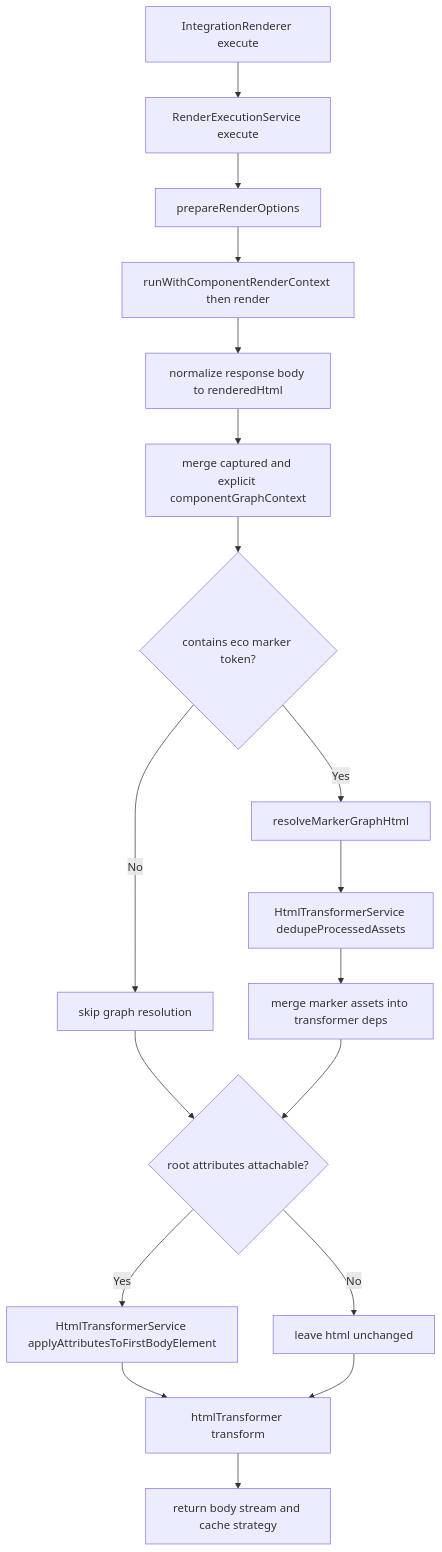
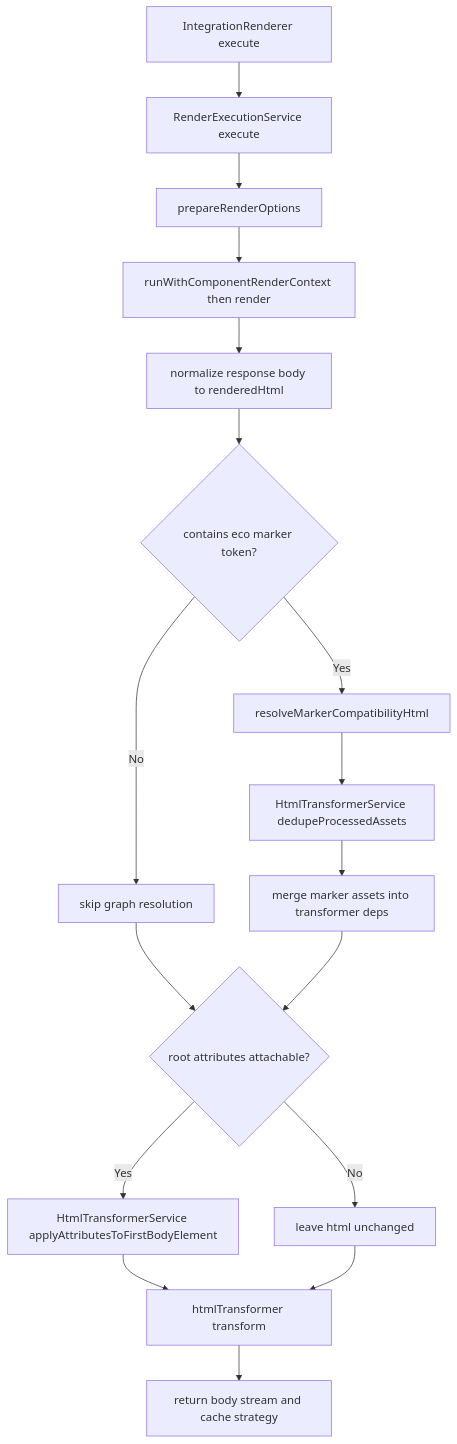
One commit to ecopages/ecopages changed the fifth of 11 diagrams in packages/core/src/route-renderer/GRAPH.md. Above: the diagram before and after it, drawn with Mermaid. The commit also changed other lines of this file and 13 other files, not shown here.

````diff
--- a/packages/core/src/route-renderer/GRAPH.md
+++ b/packages/core/src/route-renderer/GRAPH.md
@@ -148,20 +148,19 @@
 ```mermaid
 flowchart TD
   A[IntegrationRenderer execute] --> B[RenderExecutionService execute]
   B --> C[prepareRenderOptions]
   C --> D[runWithComponentRenderContext then render]
   D --> E[normalize response body to renderedHtml]
-  E --> F[merge captured and explicit componentGraphContext]
-  F --> G{contains eco marker token?}
-  G -- Yes --> H[resolveMarkerGraphHtml]
+  E --> G{contains eco marker token?}
+  G -- Yes --> H[resolveMarkerCompatibilityHtml]
   G -- No --> I[skip graph resolution]
   H --> J[HtmlTransformerService dedupeProcessedAssets]
   J --> K[merge marker assets into transformer deps]
   I --> L{root attributes attachable?}
   K --> L
   L -- Yes --> M[HtmlTransformerService applyAttributesToFirstBodyElement]
   L -- No --> N[leave html unchanged]
   M --> O[htmlTransformer transform]
   N --> O
   O --> P[return body stream and cache strategy]
 ```
````
